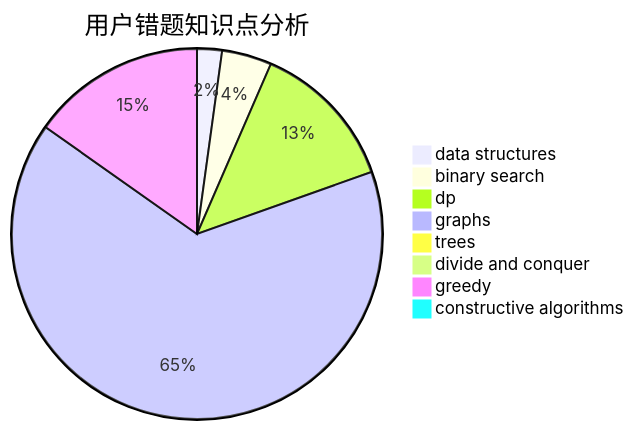
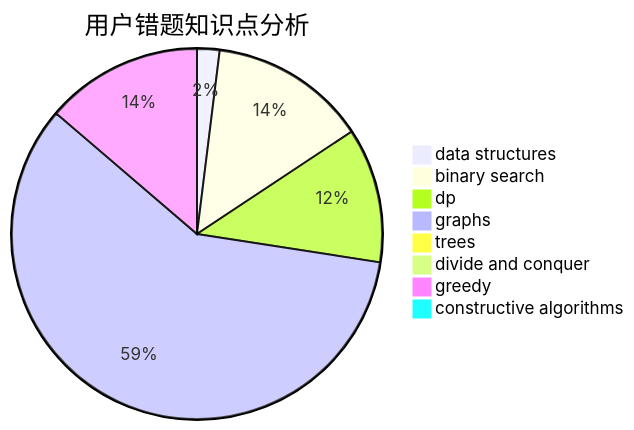
One commit to sherpahu/cfrs.github.io changed the third of 3 diagrams in docs/user/u2295.md. Above: the diagram before and after it, drawn with Mermaid. The commit also changed other lines of this file and 2770 other files, not shown here.

````diff
--- a/docs/user/u2295.md
+++ b/docs/user/u2295.md
@@ -36,11 +36,11 @@
 ```mermaid
 pie title 用户错题知识点分析
     "data structures" :  1
-    "binary search" :  2
+    "binary search" :  7
     "dp" :  6
     "graphs" :  30
     "trees" :  0
     "divide and conquer" :  0
     "greedy" :  7
     "constructive algorithms" :  0
 ```
````
